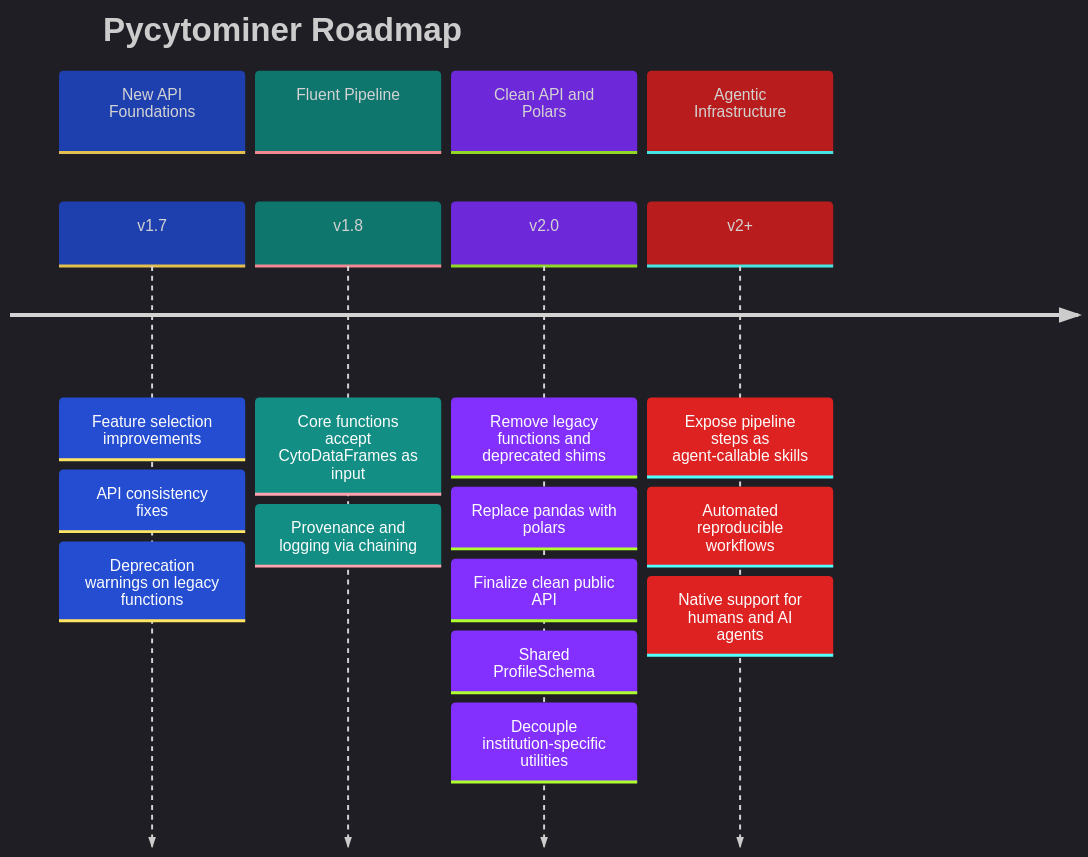
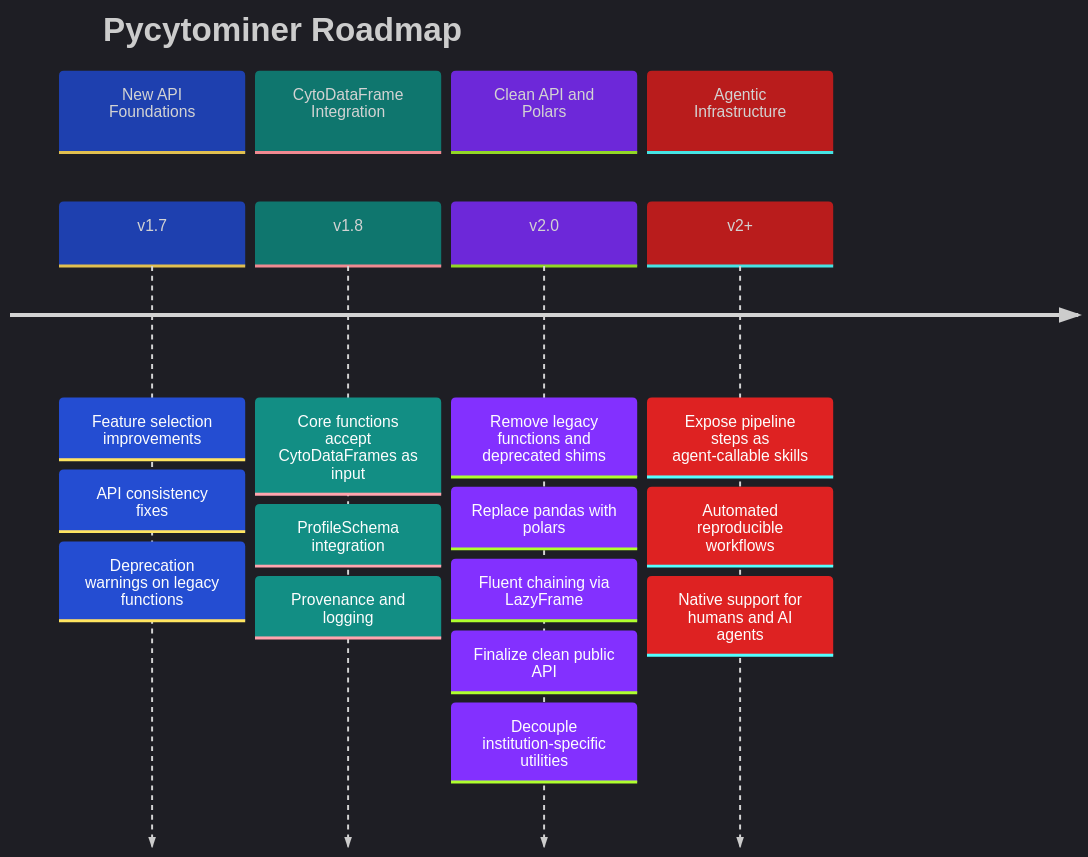
One commit to cytomining/pycytominer changed the diagram in ROADMAP.md. Above: the diagram before and after it, drawn with Mermaid. The commit also changed other lines of this file, not shown here.

Commit message:
some cleanup, add lazyframe chaining to v2

````diff
--- a/ROADMAP.md
+++ b/ROADMAP.md
@@ -6,22 +6,23 @@
 ```mermaid
 %%{init: {'theme': 'dark', 'themeVariables': {'cScale0': '#1e40af', 'cScale1': '#0f766e', 'cScale2': '#6d28d9', 'cScale3': '#b91c1c', 'cScale4': '#111111'}}}%%
 timeline
     title Pycytominer Roadmap
     section New API Foundations
         v1.7 : Feature selection improvements
              : API consistency fixes
              : Deprecation warnings on legacy functions
-    section Fluent Pipeline
+    section CytoDataFrame Integration
         v1.8 : Core functions accept CytoDataFrames as input
-             : Provenance and logging via chaining
+             : ProfileSchema integration
+             : Provenance and logging
     section Clean API and Polars
         v2.0 : Remove legacy functions and deprecated shims
              : Replace pandas with polars
+             : Fluent chaining via LazyFrame
              : Finalize clean public API
-             : Shared ProfileSchema
              : Decouple institution-specific utilities
     section Agentic Infrastructure
         v2+ : Expose pipeline steps as agent-callable skills
             : Automated reproducible workflows
             : Native support for humans and AI agents
 ```
````
